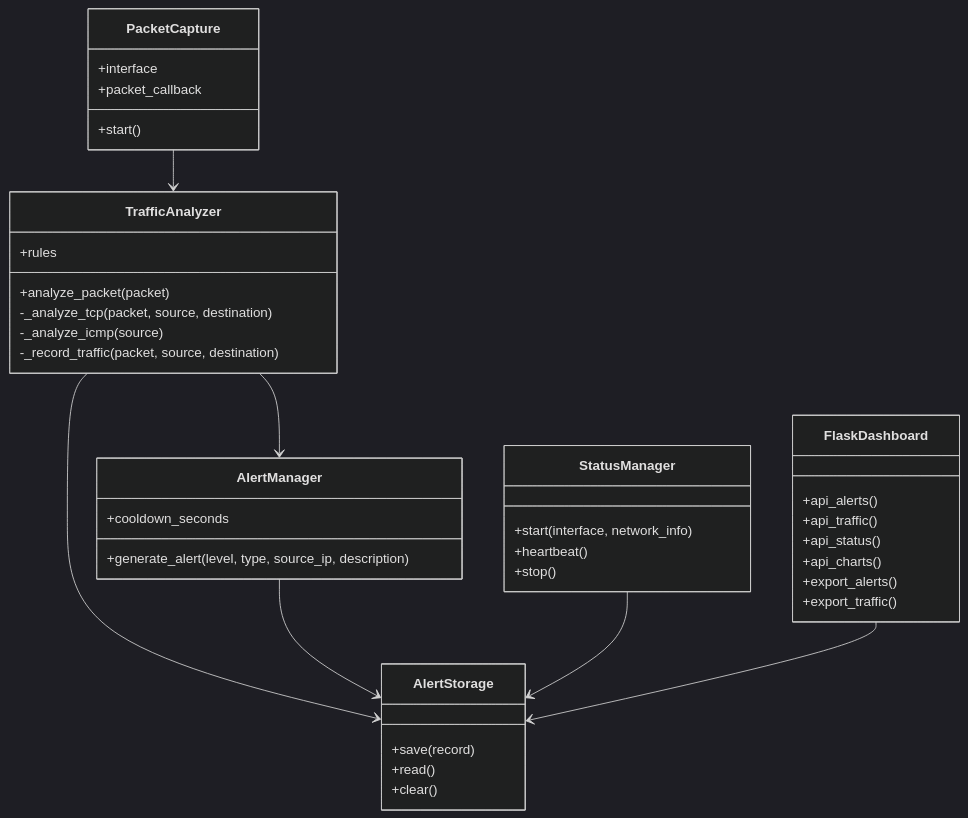
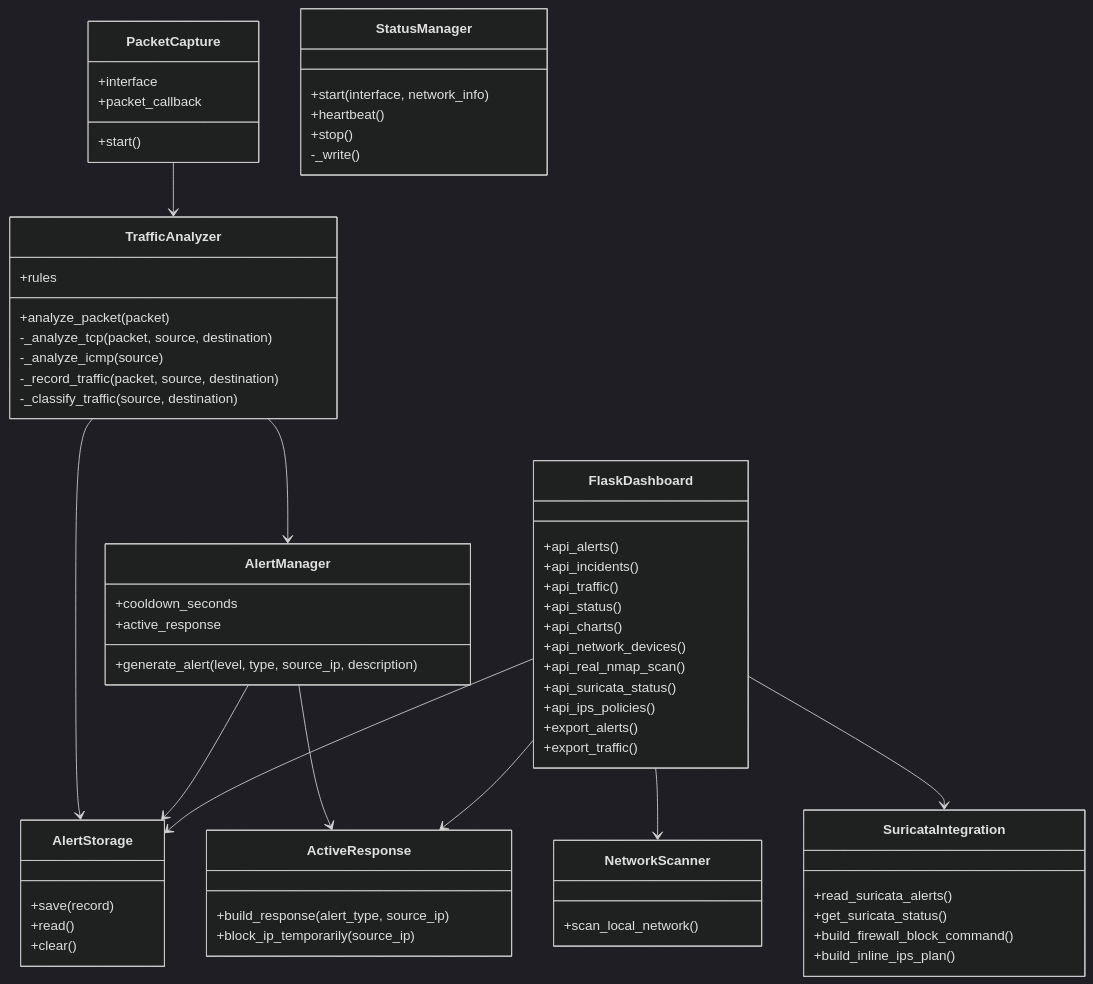
Before and after one commit to UPT-FAING-EPIS/proyecto-si784-2026-i-u3-ids-sistema-deteccion-de-instrusos_u3: the fourth of 5 diagrams in docs/FD04-Informe-Arquitectura de Software.md, drawn with Mermaid (dark theme). The commit also changed other lines of this file and 5 other files, not shown here.

````diff
--- a/docs/FD04-Informe-Arquitectura de Software.md
+++ b/docs/FD04-Informe-Arquitectura de Software.md
@@ -115,49 +133,76 @@
 ```mermaid
 classDiagram
     class PacketCapture {
         +interface
         +packet_callback
         +start()
     }
 
     class TrafficAnalyzer {
         +rules
         +analyze_packet(packet)
         -_analyze_tcp(packet, source, destination)
         -_analyze_icmp(source)
         -_record_traffic(packet, source, destination)
+        -_classify_traffic(source, destination)
     }
 
     class AlertManager {
         +cooldown_seconds
+        +active_response
         +generate_alert(level, type, source_ip, description)
     }
 
     class AlertStorage {
         +save(record)
         +read()
         +clear()
     }
 
     class StatusManager {
         +start(interface, network_info)
         +heartbeat()
         +stop()
+        -_write()
     }
 
     class FlaskDashboard {
         +api_alerts()
+        +api_incidents()
         +api_traffic()
         +api_status()
         +api_charts()
+        +api_network_devices()
+        +api_real_nmap_scan()
+        +api_suricata_status()
+        +api_ips_policies()
         +export_alerts()
         +export_traffic()
+    }
+
+    class ActiveResponse {
+        +build_response(alert_type, source_ip)
+        +block_ip_temporarily(source_ip)
+    }
+
+    class SuricataIntegration {
+        +read_suricata_alerts()
+        +get_suricata_status()
+        +build_firewall_block_command()
+        +build_inline_ips_plan()
+    }
+
+    class NetworkScanner {
+        +scan_local_network()
     }
 
     PacketCapture --> TrafficAnalyzer
     TrafficAnalyzer --> AlertManager
     TrafficAnalyzer --> AlertStorage
     AlertManager --> AlertStorage
-    StatusManager --> AlertStorage
+    AlertManager --> ActiveResponse
     FlaskDashboard --> AlertStorage
+    FlaskDashboard --> NetworkScanner
+    FlaskDashboard --> SuricataIntegration
+    FlaskDashboard --> ActiveResponse
 ```
````
